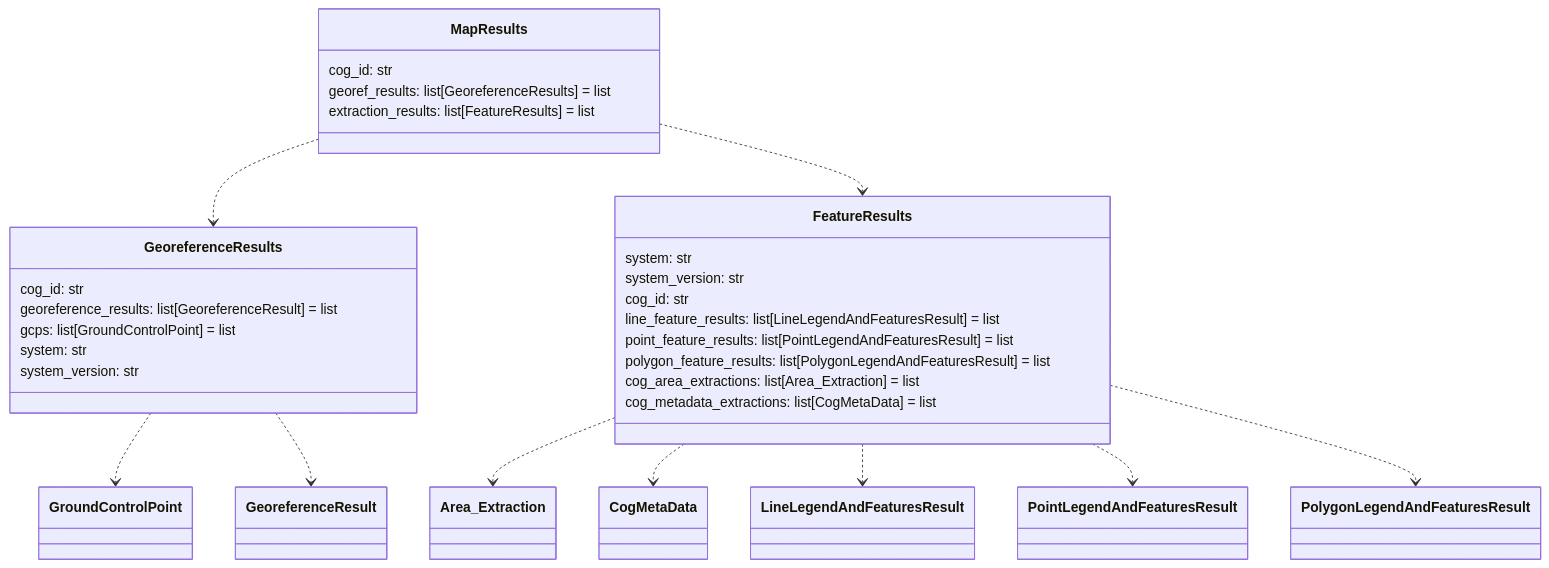
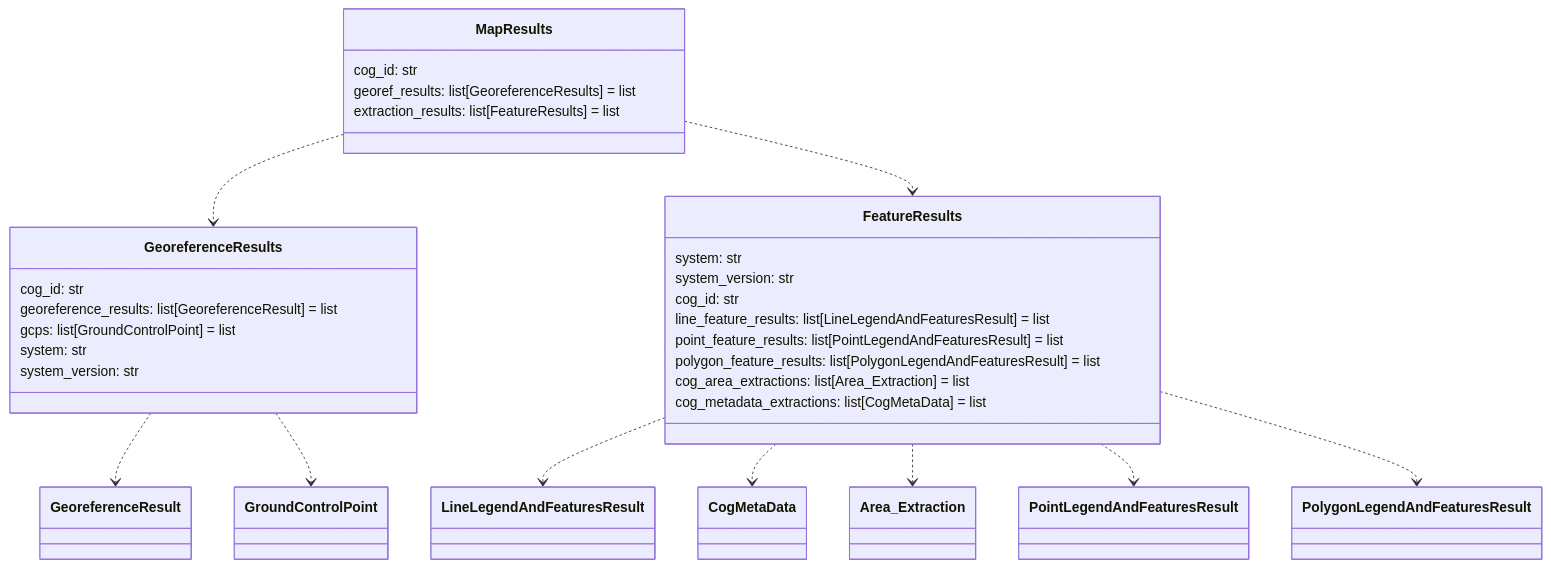
Before and after one commit to DARPA-CRITICALMAAS/cdr_schemas: diagram 11 of 14 in README.md, drawn with Mermaid. The commit also changed other lines of this file and 3 other files, not shown here.

````diff
--- a/README.md
+++ b/README.md
@@ -936,40 +936,40 @@
 ```mermaid
 classDiagram
 
     class GeoreferenceResults {
         cog_id: str
         georeference_results: list[GeoreferenceResult] = list
         gcps: list[GroundControlPoint] = list
         system: str
         system_version: str
     }
 
     class MapResults {
         cog_id: str
         georef_results: list[GeoreferenceResults] = list
         extraction_results: list[FeatureResults] = list
     }
 
     class FeatureResults {
         system: str
         system_version: str
         cog_id: str
         line_feature_results: list[LineLegendAndFeaturesResult] = list
         point_feature_results: list[PointLegendAndFeaturesResult] = list
         polygon_feature_results: list[PolygonLegendAndFeaturesResult] = list
         cog_area_extractions: list[Area_Extraction] = list
         cog_metadata_extractions: list[CogMetaData] = list
     }
 
+    FeatureResults ..> LineLegendAndFeaturesResult
+    FeatureResults ..> CogMetaData
     FeatureResults ..> Area_Extraction
-    FeatureResults ..> CogMetaData
-    FeatureResults ..> LineLegendAndFeaturesResult
     FeatureResults ..> PointLegendAndFeaturesResult
     FeatureResults ..> PolygonLegendAndFeaturesResult
+    GeoreferenceResults ..> GeoreferenceResult
     GeoreferenceResults ..> GroundControlPoint
-    GeoreferenceResults ..> GeoreferenceResult
     MapResults ..> GeoreferenceResults
     MapResults ..> FeatureResults
 
 
 ```
````
